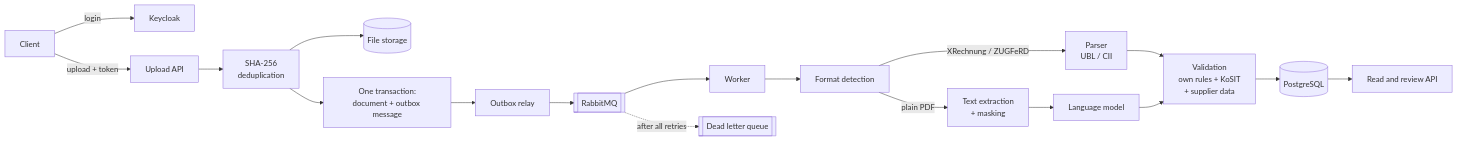
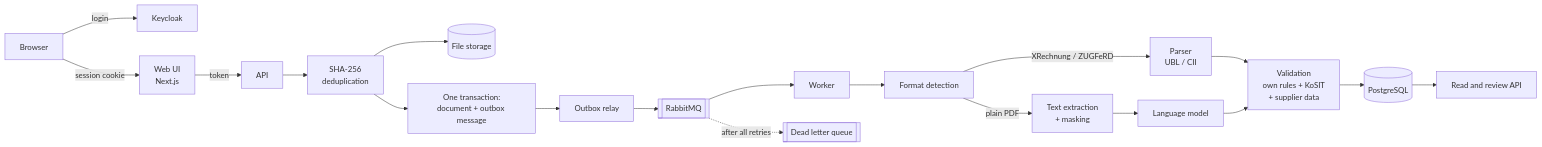
One commit to newways-dev/dewtally changed the diagram in README.md. Above: the diagram before and after it, drawn with Mermaid. The commit also changed other lines of this file and 11 other files, not shown here.

````diff
--- a/README.md
+++ b/README.md
@@ -50,20 +68,21 @@
 ```mermaid
 flowchart LR
-    U[Client] -->|login| K[Keycloak]
-    U -->|upload + token| API[Upload API]
+    B[Browser] -->|login| K[Keycloak]
+    B -->|session cookie| WEB[Web UI<br/>Next.js]
+    WEB -->|token| API[API]
     API --> H[SHA-256<br/>deduplication]
     H --> S[(File storage)]
     H --> T[One transaction:<br/>document + outbox message]
     T --> O[Outbox relay]
     O --> Q[[RabbitMQ]]
     Q --> W[Worker]
     Q -.->|after all retries| D[[Dead letter queue]]
     W --> F[Format detection]
     F -->|XRechnung / ZUGFeRD| P[Parser<br/>UBL / CII]
     F -->|plain PDF| X[Text extraction<br/>+ masking]
     X --> L[Language model]
     P --> V[Validation<br/>own rules + KoSIT<br/>+ supplier data]
     L --> V
     V --> DB[(PostgreSQL)]
     DB --> R[Read and review API]
 ```
````
